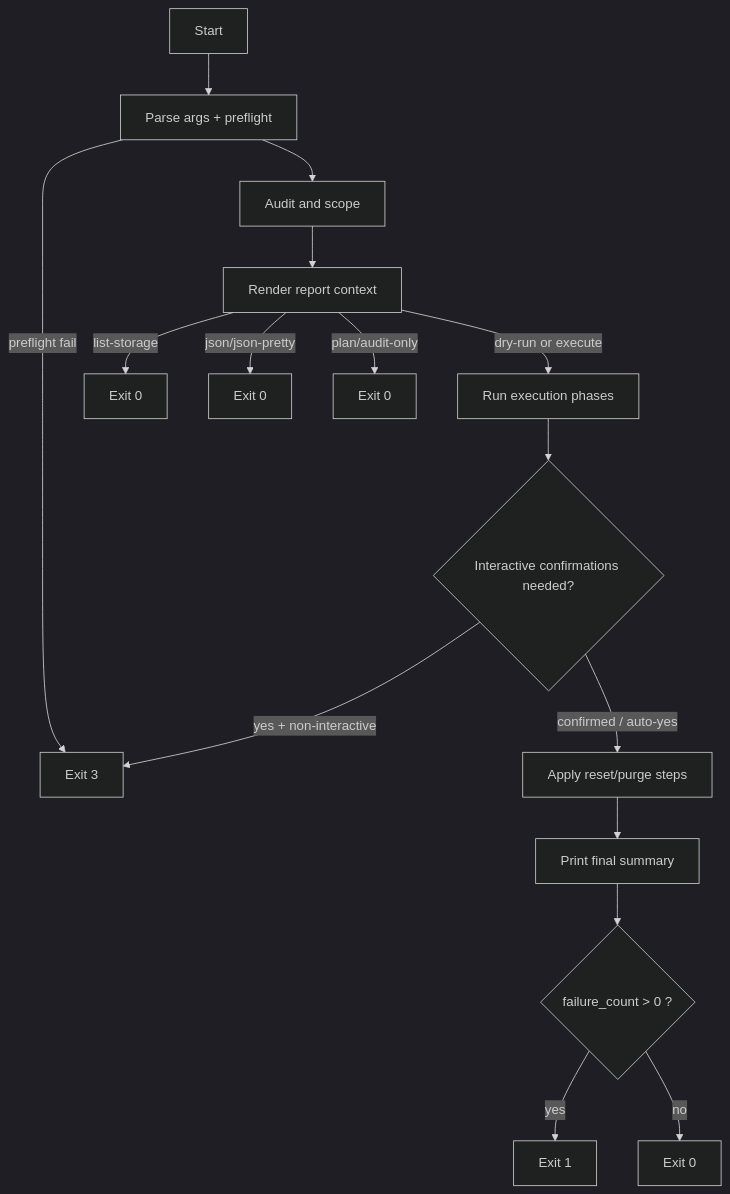
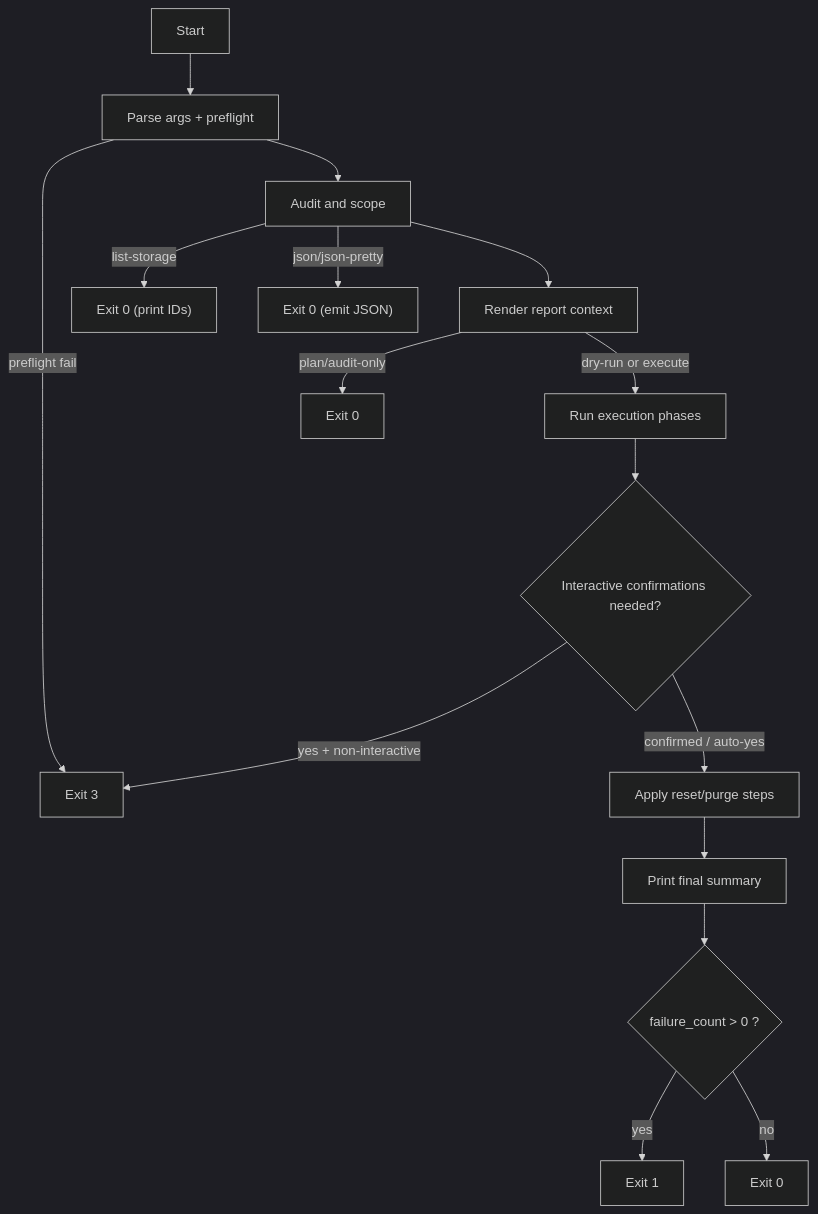
One commit to sebastianspicker/pve-soft-reset changed the second of 2 diagrams in README.md. Above: the diagram before and after it, drawn with Mermaid (dark theme). The commit also changed other lines of this file and 14 other files, not shown here.

````diff
--- a/README.md
+++ b/README.md
@@ -69,20 +74,21 @@
 ```mermaid
 flowchart TD
   L1["Start"] --> L2["Parse args + preflight"]
   L2 -->|"preflight fail"| E3["Exit 3"]
   L2 --> L3["Audit and scope"]
+
+  L3 -->|"list-storage"| E0a["Exit 0 (print IDs)"]
+  L3 -->|"json/json-pretty"| E0b["Exit 0 (emit JSON)"]
+
   L3 --> L4["Render report context"]
-
-  L4 -->|"list-storage"| E0a["Exit 0"]
-  L4 -->|"json/json-pretty"| E0b["Exit 0"]
   L4 -->|"plan/audit-only"| E0c["Exit 0"]
   L4 -->|"dry-run or execute"| L5["Run execution phases"]
 
   L5 --> L6{"Interactive confirmations needed?"}
   L6 -->|"yes + non-interactive"| E3
   L6 -->|"confirmed / auto-yes"| L7["Apply reset/purge steps"]
   L7 --> L8["Print final summary"]
   L8 --> L9{"failure_count > 0 ?"}
   L9 -->|"yes"| E1["Exit 1"]
   L9 -->|"no"| E0d["Exit 0"]
 ```
````
